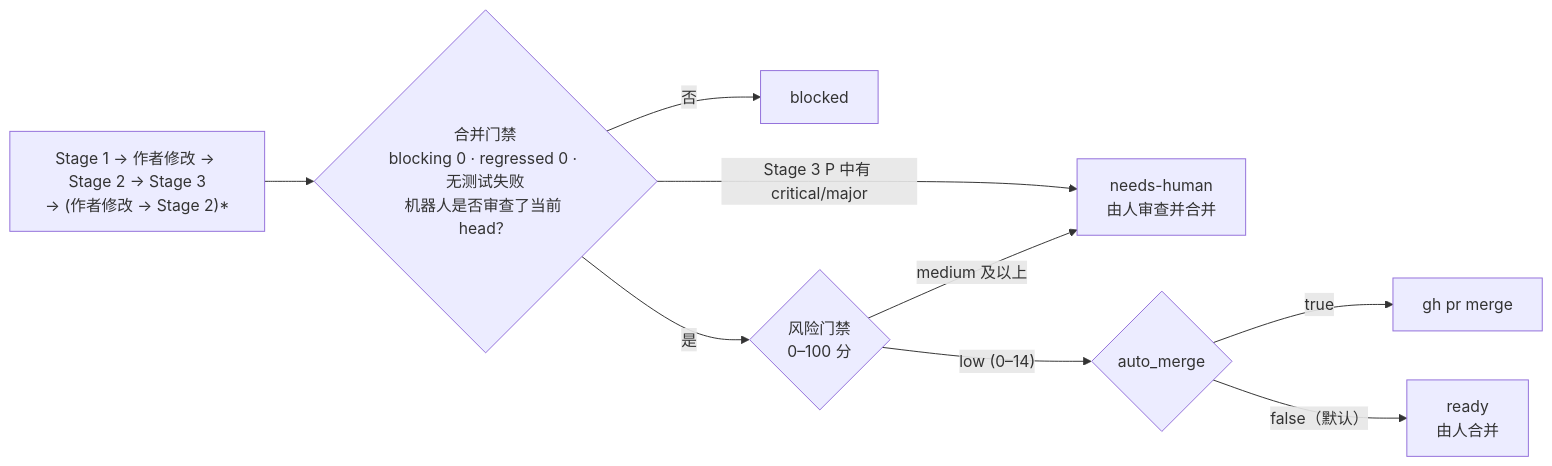
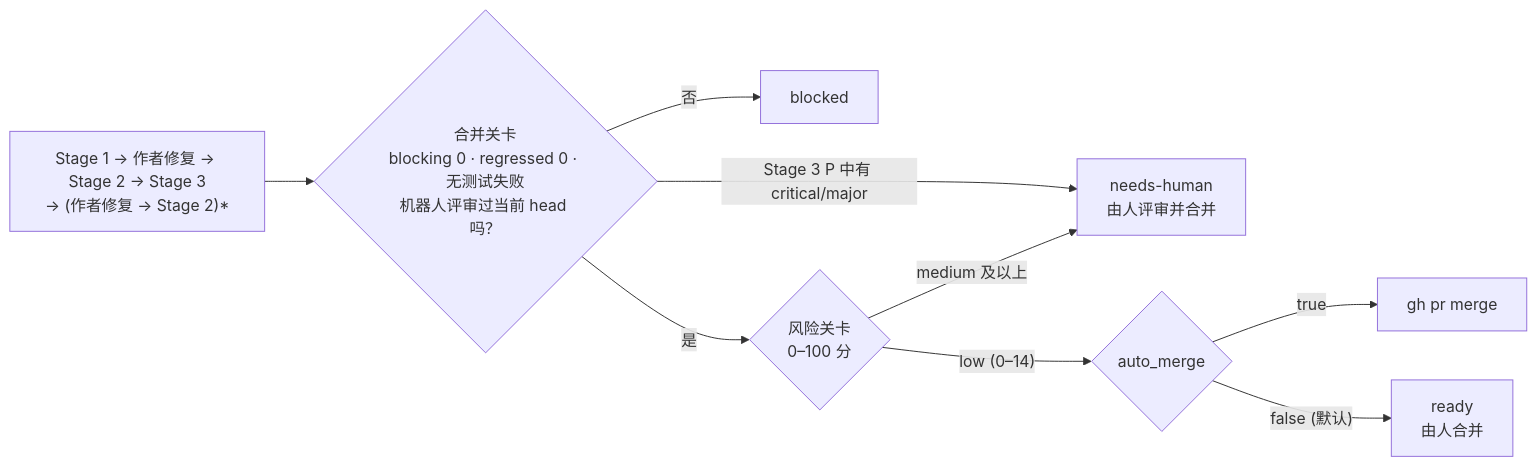
One commit to thswlsqls/pr-quorum changed the diagram in README.zh-CN.md. Above: the diagram before and after it, drawn with Mermaid. The commit also changed other lines of this file and 3 other files, not shown here.

````diff
--- a/README.zh-CN.md
+++ b/README.zh-CN.md
@@ -34,11 +27,11 @@
 ```mermaid
 flowchart LR
-  C["Stage 1 → 作者修改 → Stage 2 → Stage 3<br/>→ (作者修改 → Stage 2)*"] --> MG{"合并门禁<br/>blocking 0 · regressed 0 · 无测试失败<br/>机器人是否审查了当前 head？"}
+  C["Stage 1 → 作者修复 → Stage 2 → Stage 3<br/>→ (作者修复 → Stage 2)*"] --> MG{"合并关卡<br/>blocking 0 · regressed 0 · 无测试失败<br/>机器人评审过当前 head 吗？"}
   MG -- "否" --> B[blocked]
   MG -- "Stage 3 P 中有 critical/major" --> H
-  MG -- "是" --> RG{"风险门禁<br/>0–100 分"}
+  MG -- "是" --> RG{"风险关卡<br/>0–100 分"}
   RG -- "low (0–14)" --> A{"auto_merge"}
   A -- true --> M[gh pr merge]
-  A -- "false（默认）" --> R["ready<br/>由人合并"]
-  RG -- "medium 及以上" --> H["needs-human<br/>由人审查并合并"]
+  A -- "false (默认)" --> R["ready<br/>由人合并"]
+  RG -- "medium 及以上" --> H["needs-human<br/>由人评审并合并"]
 ```
````
